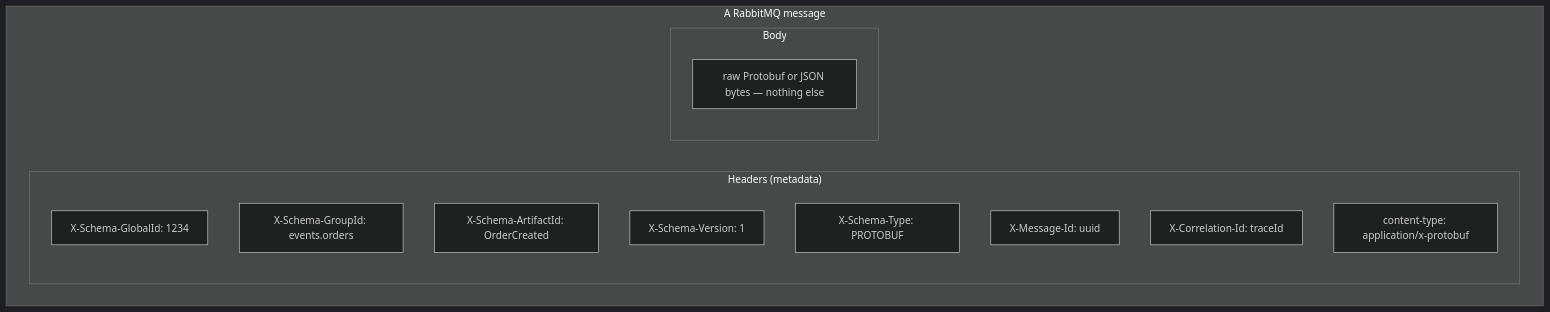
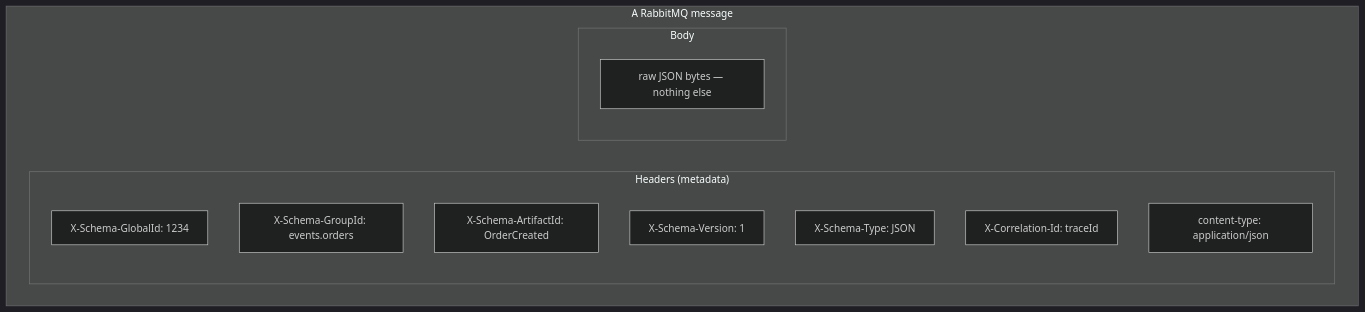
One commit to anarefin/schema-registry-demo changed the fifth of 9 diagrams in docs/TECHNICAL-REPORT.md. Above: the diagram before and after it, drawn with Mermaid (dark theme). The commit also changed other lines of this file and 29 other files, not shown here.

````diff
--- a/docs/TECHNICAL-REPORT.md
+++ b/docs/TECHNICAL-REPORT.md
@@ -292,18 +278,17 @@
 ```mermaid
 graph TB
     subgraph Message["A RabbitMQ message"]
         subgraph Headers["Headers (metadata)"]
             H1["X-Schema-GlobalId: 1234"]
             H2["X-Schema-GroupId: events.orders"]
             H3["X-Schema-ArtifactId: OrderCreated"]
             H4["X-Schema-Version: 1"]
-            H5["X-Schema-Type: PROTOBUF"]
-            H6["X-Message-Id: uuid"]
+            H5["X-Schema-Type: JSON"]
             H7["X-Correlation-Id: traceId"]
-            CT["content-type: application/x-protobuf"]
+            CT["content-type: application/json"]
         end
         subgraph Body["Body"]
-            B["raw Protobuf or JSON bytes — nothing else"]
+            B["raw JSON bytes — nothing else"]
         end
     end
 ```
````
